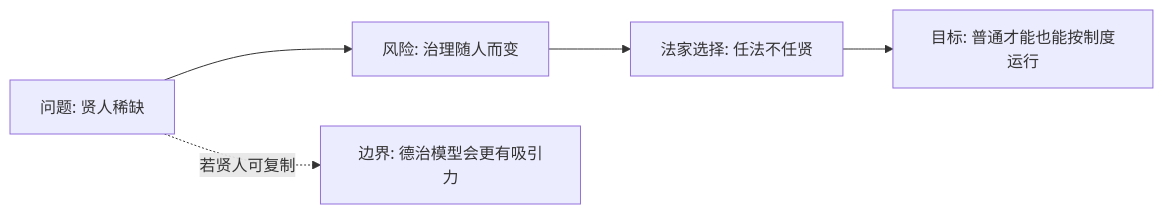
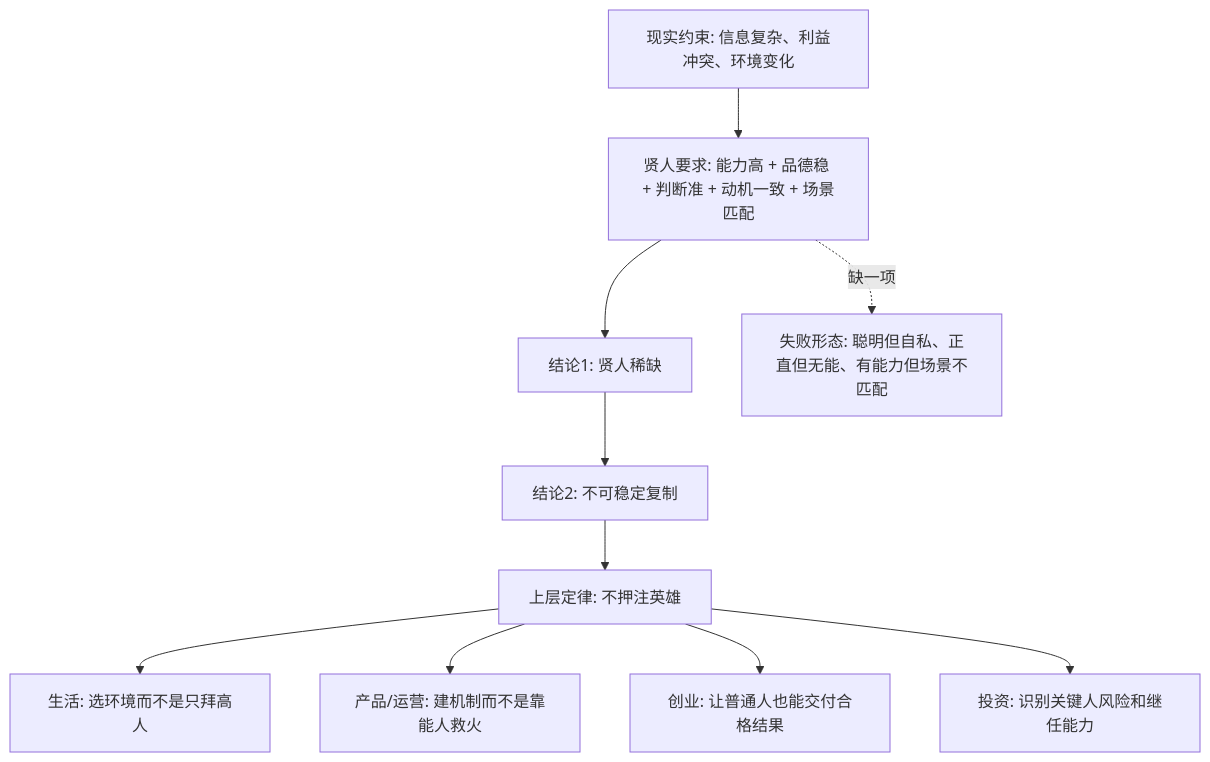
The diagram in 202605/20260518_03.md (digoal/blog), drawn with Mermaid before and after one commit. The commit also changed other lines of this file and 14 other files, not shown here.

````diff
--- a/202605/20260518_03.md
+++ b/202605/20260518_03.md
@@ -22,7 +24,12 @@
 ```mermaid
-flowchart LR
-  A["问题: 贤人稀缺"] --> B["风险: 治理随人而变"]
-  B --> C["法家选择: 任法不任贤"]
-  C --> D["目标: 普通才能也能按制度运行"]
-  A -. "若贤人可复制" .-> E["边界: 德治模型会更有吸引力"]
+flowchart TB
+  A["现实约束: 信息复杂、利益冲突、环境变化"] --> B["贤人要求: 能力高 + 品德稳 + 判断准 + 动机一致 + 场景匹配"]
+  B --> C["结论1: 贤人稀缺"]
+  C --> D["结论2: 不可稳定复制"]
+  D --> E["上层定律: 不押注英雄"]
+  E --> F["生活: 选环境而不是只拜高人"]
+  E --> G["产品/运营: 建机制而不是靠能人救火"]
+  E --> H["创业: 让普通人也能交付合格结果"]
+  E --> I["投资: 识别关键人风险和继任能力"]
+  B -. "缺一项" .-> J["失败形态: 聪明但自私、正直但无能、有能力但场景不匹配"]
 ```
````
